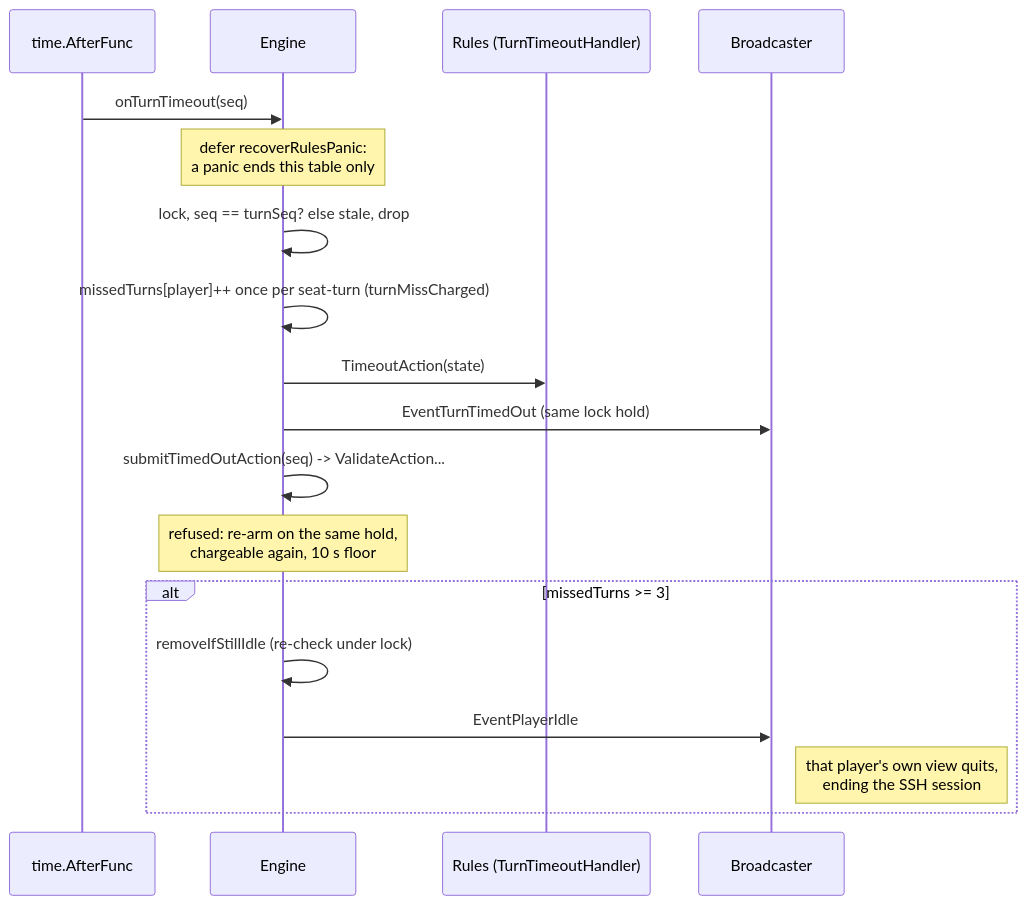
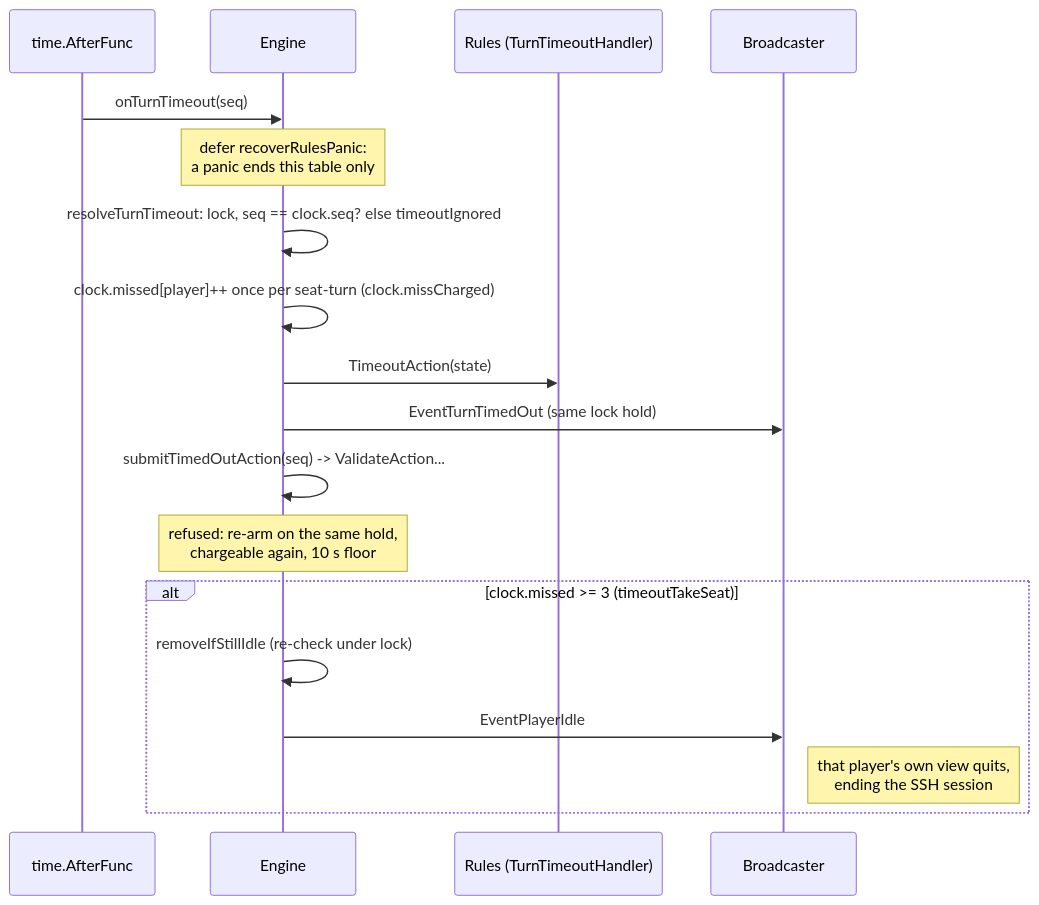
The sixth of 11 diagrams in docs/codebase-map.md (Pieczasz/terminal-card), drawn with Mermaid before and after one commit. The commit also changed other lines of this file and 1 other file, not shown here.

Commit message:
docs(codebase-map): recount, regenerate the package and class diagrams, refresh the reading guide

````diff
--- a/docs/codebase-map.md
+++ b/docs/codebase-map.md
@@ -242,21 +261,21 @@
 ```mermaid
 sequenceDiagram
     participant Tm as time.AfterFunc
     participant E as Engine
     participant Ru as Rules (TurnTimeoutHandler)
     participant Bc as Broadcaster
 
     Tm->>E: onTurnTimeout(seq)
     Note over E: defer recoverRulesPanic:<br/>a panic ends this table only
-    E->>E: lock, seq == turnSeq? else stale, drop
-    E->>E: missedTurns[player]++ once per seat-turn (turnMissCharged)
+    E->>E: resolveTurnTimeout: lock, seq == clock.seq? else timeoutIgnored
+    E->>E: clock.missed[player]++ once per seat-turn (clock.missCharged)
     E->>Ru: TimeoutAction(state)
     E->>Bc: EventTurnTimedOut (same lock hold)
     E->>E: submitTimedOutAction(seq) -> ValidateAction...
     Note over E: refused: re-arm on the same hold,<br/>chargeable again, 10 s floor
-    alt missedTurns >= 3
+    alt clock.missed >= 3 (timeoutTakeSeat)
         E->>E: removeIfStillIdle (re-check under lock)
         E->>Bc: EventPlayerIdle
         Note right of Bc: that player's own view quits,<br/>ending the SSH session
     end
 ```
````
